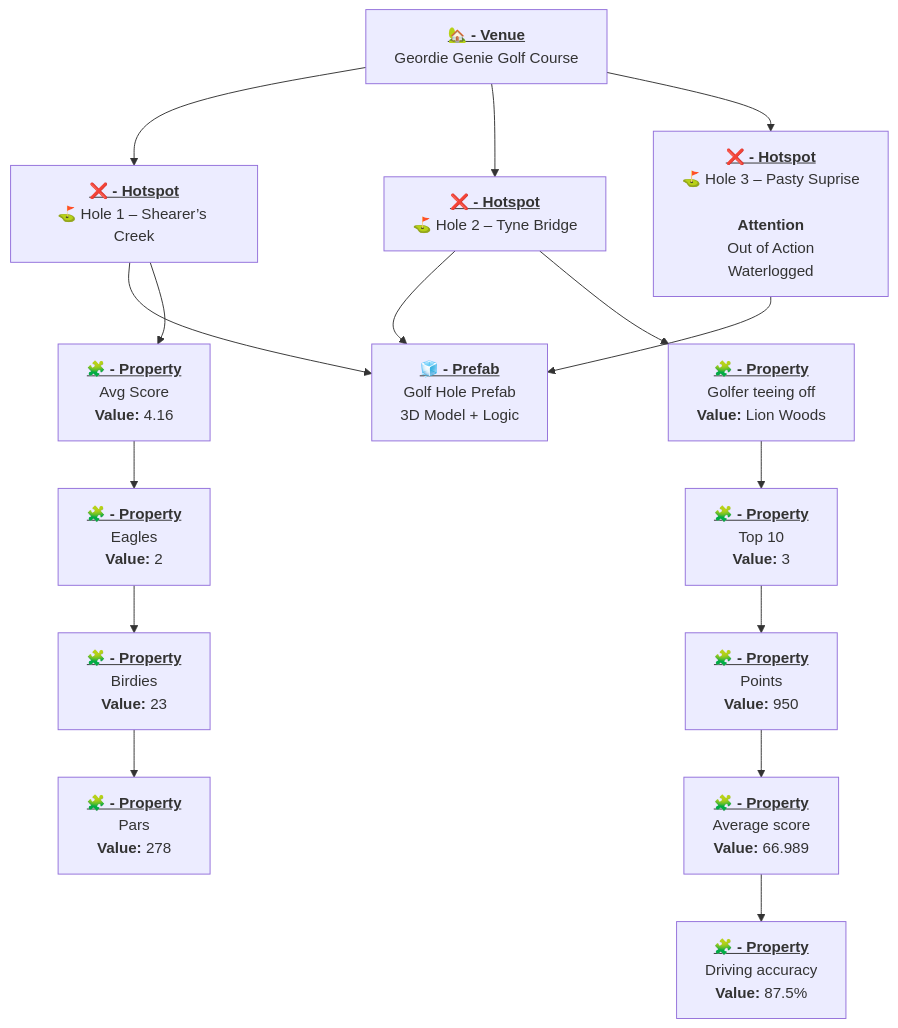
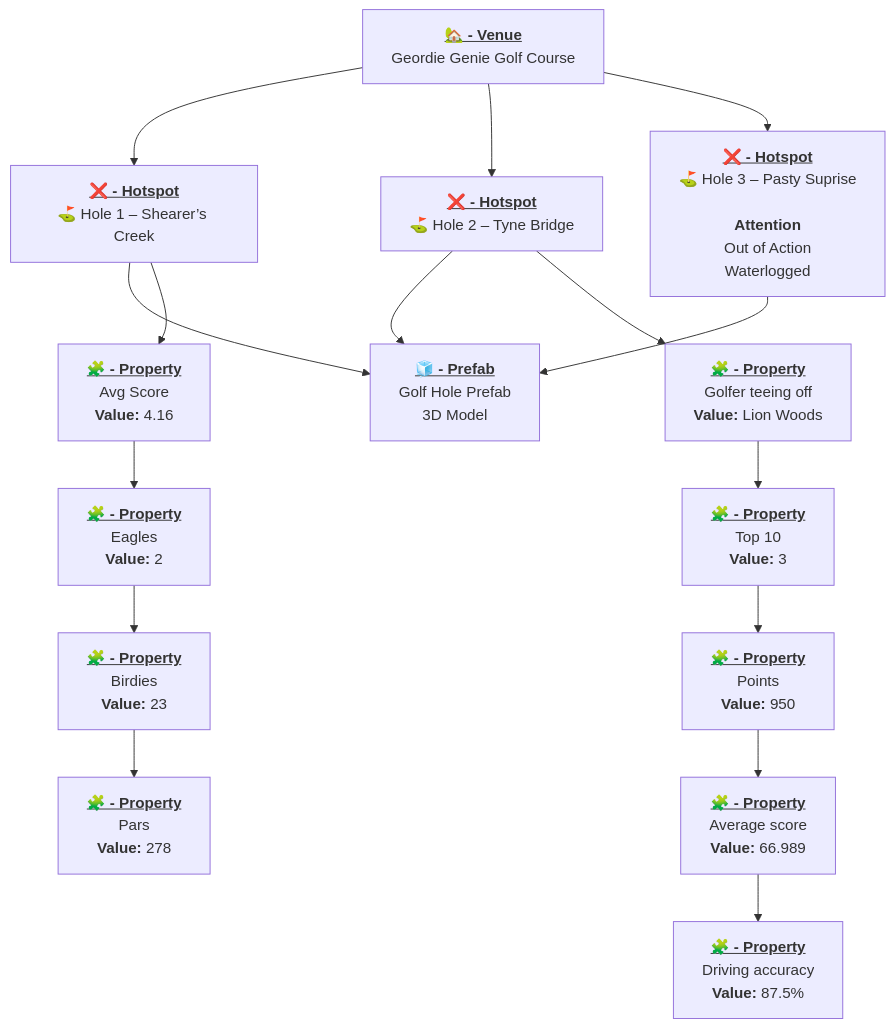
The second of 5 diagrams in profile/README.md (GeoARit/.github), drawn with Mermaid before and after one commit.

````diff
--- a/profile/README.md
+++ b/profile/README.md
@@ -93,66 +93,66 @@
 ```mermaid
 
 flowchart TD
 
 %% ========================
 %% VENUE
 %% ========================
 VENUE["<u><b>🏡 - Venue</b></u><br/>Geordie Genie Golf Course"]
 click VENUE "https://geoar.it/help#category-Venue-Properties" _blank
 
 
 %% ========================
 %% HOTSPOTS (Hole 1, 2, 3)
 %% ========================
 HS1["<u><b>❌ - Hotspot</b></u><br/>⛳ Hole 1 – Shearer’s Creek"]
 click HS1 "https://geoar.it/help#category-Hotspot-Properties" _blank
 
 HS2["<u><b>❌ - Hotspot</b></u><br/>⛳ Hole 2 – Tyne Bridge"]
 click HS2 "https://geoar.it/help#category-Hotspot-Properties" _blank
 
 HS3["<u><b>❌ - Hotspot</b></u><br/>⛳ Hole 3 – Pasty Suprise<br/><br/><b>Attention</b><br/>Out of Action<br/>Waterlogged"]
 click HS3 "https://geoar.it/help#category-Hotspot-Properties" _blank
 
 
 VENUE --> HS1
 VENUE --> HS2
 VENUE --> HS3
 
 
 %% ========================
 %% SHARED PREFAB NODE
 %% ========================
-PREFAB["<u><b>🧊 - Prefab</b></u><br/>Golf Hole Prefab<br/>3D Model + Logic"]
+PREFAB["<u><b>🧊 - Prefab</b></u><br/>Golf Hole Prefab<br/>3D Model"]
 click PREFAB "https://geoar.it/help#category-Prefab" _blank
 
 HS1 --> PREFAB
 HS2 --> PREFAB
 HS3 --> PREFAB
 
 
 %% ========================
 %% PROPERTIES FOR HOLE 1
 %% ========================
 HS1_P1["<u><b>🧩 - Property</b></u><br/>Avg Score<br/><b>Value:</b> 4.16"]
 HS1_P2["<u><b>🧩 - Property</b></u><br/>Eagles<br/><b>Value:</b> 2"]
 HS1_P3["<u><b>🧩 - Property</b></u><br/>Birdies<br/><b>Value:</b> 23"]
 HS1_P4["<u><b>🧩 - Property</b></u><br/>Pars<br/><b>Value:</b> 278"]
 
 HS1 --> HS1_P1 --> HS1_P2 --> HS1_P3 --> HS1_P4
 
 
 %% ========================
 %% PROPERTIES FOR HOLE 2
 %% ========================
 HS2_P1["<u><b>🧩 - Property</b></u><br/>Golfer teeing off<br/><b>Value:</b> Lion Woods"]
 HS2_P2["<u><b>🧩 - Property</b></u><br/>Top 10<br/><b>Value:</b> 3"]
 HS2_P3["<u><b>🧩 - Property</b></u><br/>Points<br/><b>Value:</b> 950"]
 HS2_P4["<u><b>🧩 - Property</b></u><br/>Average score<br/><b>Value:</b> 66.989"]
 HS2_P5["<u><b>🧩 - Property</b></u><br/>Driving accuracy<br/><b>Value:</b> 87.5%"]
 
 HS2 --> HS2_P1 --> HS2_P2 --> HS2_P3 --> HS2_P4 --> HS2_P5
 
 
 %% Hole 3 properties remain embedded in hotspot box
 
 ```
````
